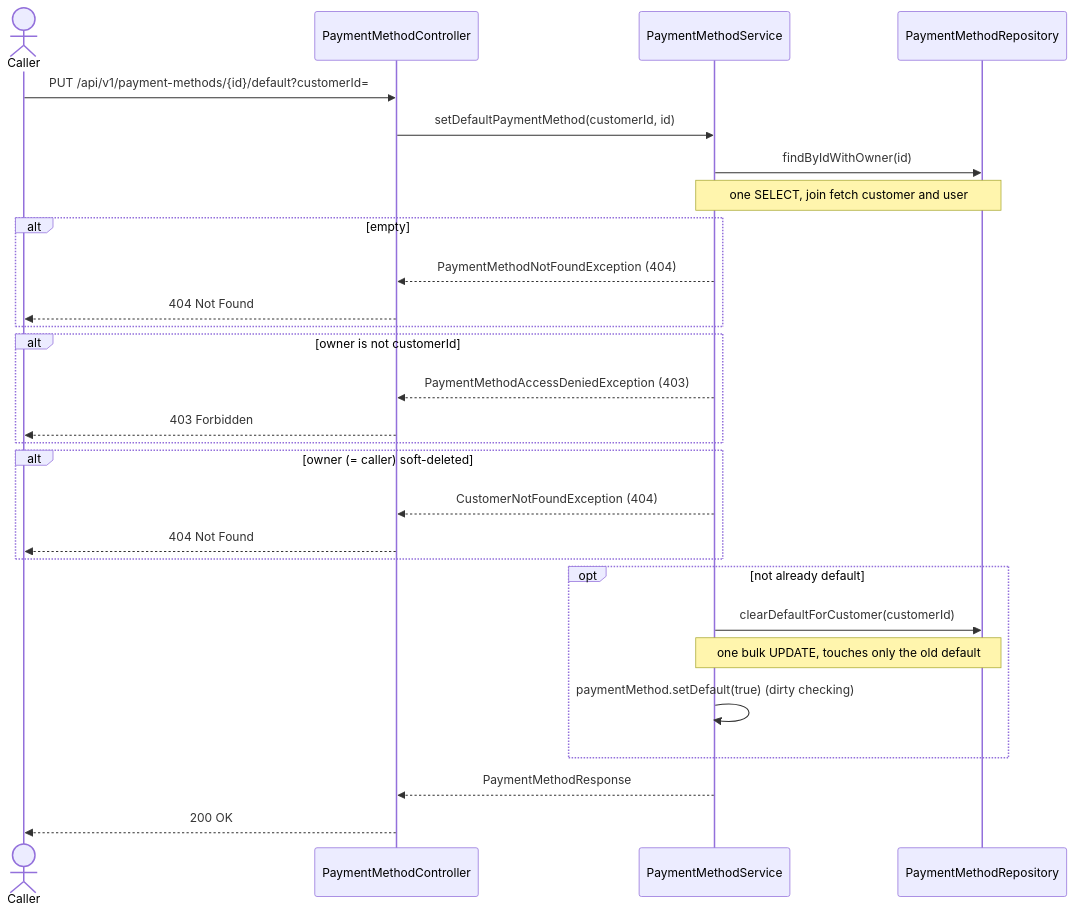
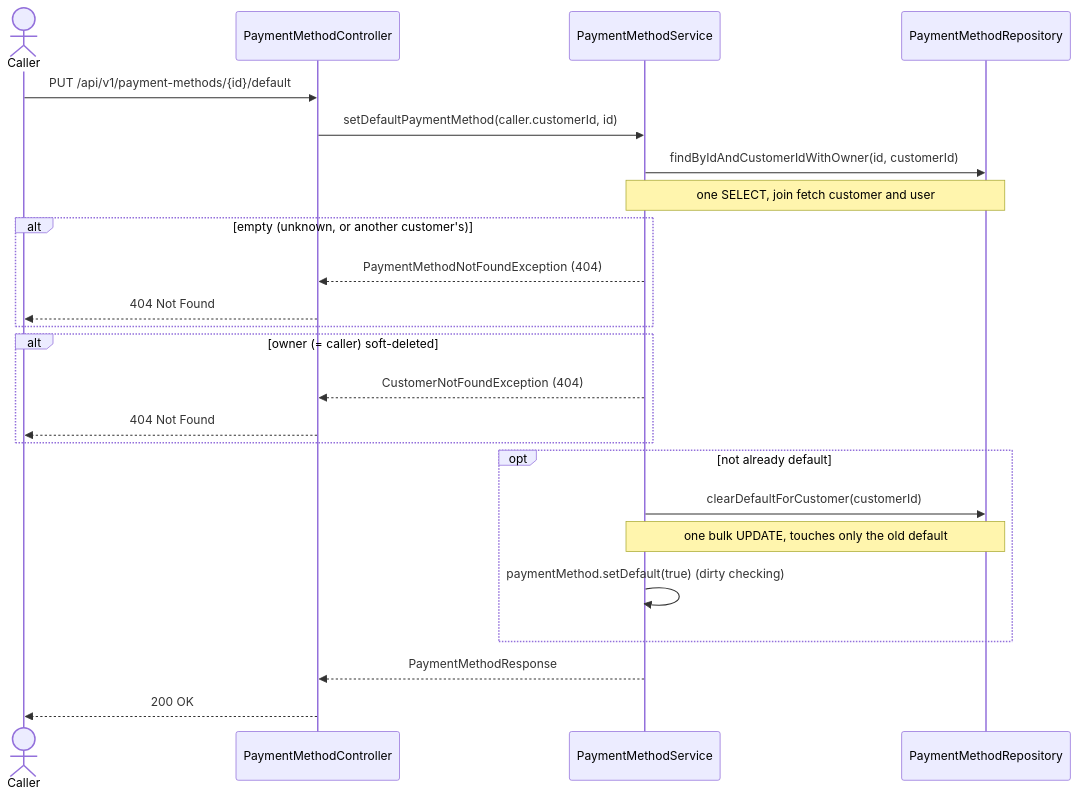
Before and after one commit to msmohammed0077-cmd/mentorship-restaurant: the second of 2 diagrams in restaurant/.docs/use-cases/customer-management/payment-methods/payment-methods.md, drawn with Mermaid. The commit also changed other lines of this file and 25 other files, not shown here.

````diff
--- a/restaurant/.docs/use-cases/customer-management/payment-methods/payment-methods.md
+++ b/restaurant/.docs/use-cases/customer-management/payment-methods/payment-methods.md
@@ -268,31 +266,27 @@
 ```mermaid
 sequenceDiagram
     actor Caller
     participant C as PaymentMethodController
     participant H as PaymentMethodService
     participant PR as PaymentMethodRepository
 
-    Caller->>C: PUT /api/v1/payment-methods/{id}/default?customerId=
-    C->>H: setDefaultPaymentMethod(customerId, id)
-    H->>PR: findByIdWithOwner(id)
+    Caller->>C: PUT /api/v1/payment-methods/{id}/default
+    C->>H: setDefaultPaymentMethod(caller.customerId, id)
+    H->>PR: findByIdAndCustomerIdWithOwner(id, customerId)
     Note over H,PR: one SELECT, join fetch customer and user
-    alt empty
+    alt empty (unknown, or another customer's)
         H-->>C: PaymentMethodNotFoundException (404)
         C-->>Caller: 404 Not Found
-    end
-    alt owner is not customerId
-        H-->>C: PaymentMethodAccessDeniedException (403)
-        C-->>Caller: 403 Forbidden
     end
     alt owner (= caller) soft-deleted
         H-->>C: CustomerNotFoundException (404)
         C-->>Caller: 404 Not Found
     end
     opt not already default
         H->>PR: clearDefaultForCustomer(customerId)
         Note over H,PR: one bulk UPDATE, touches only the old default
         H->>H: paymentMethod.setDefault(true) (dirty checking)
     end
     H-->>C: PaymentMethodResponse
     C-->>Caller: 200 OK
 ```
````
